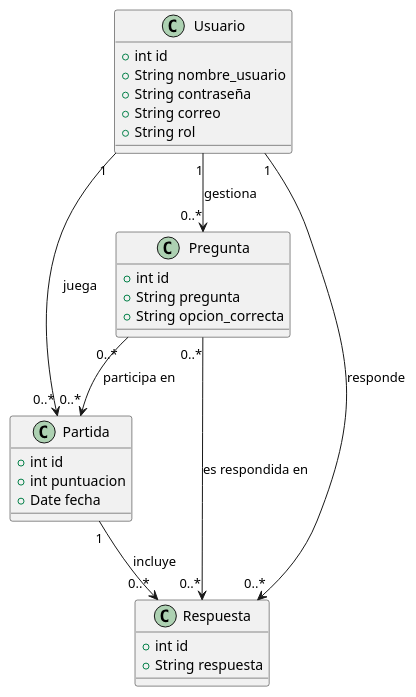
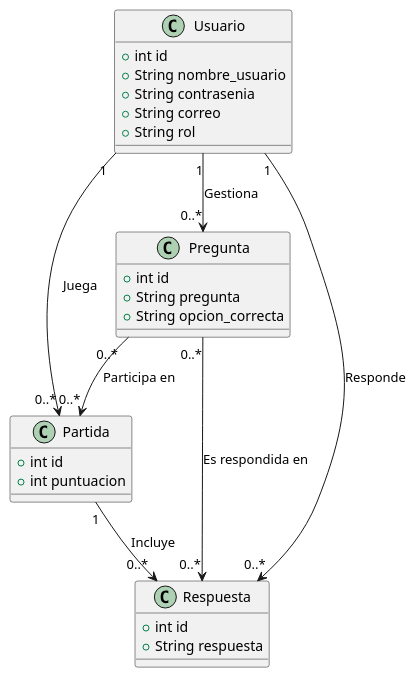
One commit to TIC-InnovaEdu/quien_quiere_ser_el_mejor_de_la_clase changed the diagram in Documentos/Modelo_ER.puml. Above: the diagram before and after it, drawn with PlantUML. The commit also changed 3 other files, not shown here.

```diff
--- a/Documentos/Modelo_ER.puml
+++ b/Documentos/Modelo_ER.puml
@@ -1,37 +1,39 @@
-@startuml
+@startuml Digrama_ER_Juego
+
+
 
 ' Definir las entidades como clases
 class Usuario {
   +int id
   +String nombre_usuario
-  +String contraseña
+  +String contrasenia
   +String correo
   +String rol
 }
 
 class Partida {
   +int id
   +int puntuacion
-  +Date fecha
+  
 }
 
 class Pregunta {
   +int id
   +String pregunta
   +String opcion_correcta
 }
 
 class Respuesta {
   +int id
   +String respuesta
 }
 
 ' Relaciones
-Usuario "1" --> "0..*" Partida : juega
-Usuario "1" --> "0..*" Pregunta : gestiona
-Pregunta "0..*" --> "0..*" Partida : participa en
-Usuario "1" --> "0..*" Respuesta : responde
-Partida "1" --> "0..*" Respuesta : incluye
-Pregunta "0..*" --> "0..*" Respuesta : es respondida en
+Usuario "1" --> "0..*" Partida : Juega
+Usuario "1" --> "0..*" Pregunta : Gestiona
+Pregunta "0..*" --> "0..*" Partida : Participa en
+Usuario "1" --> "0..*" Respuesta : Responde
+Partida "1" --> "0..*" Respuesta : Incluye
+Pregunta "0..*" --> "0..*" Respuesta : Es respondida en
 
 @enduml
```
